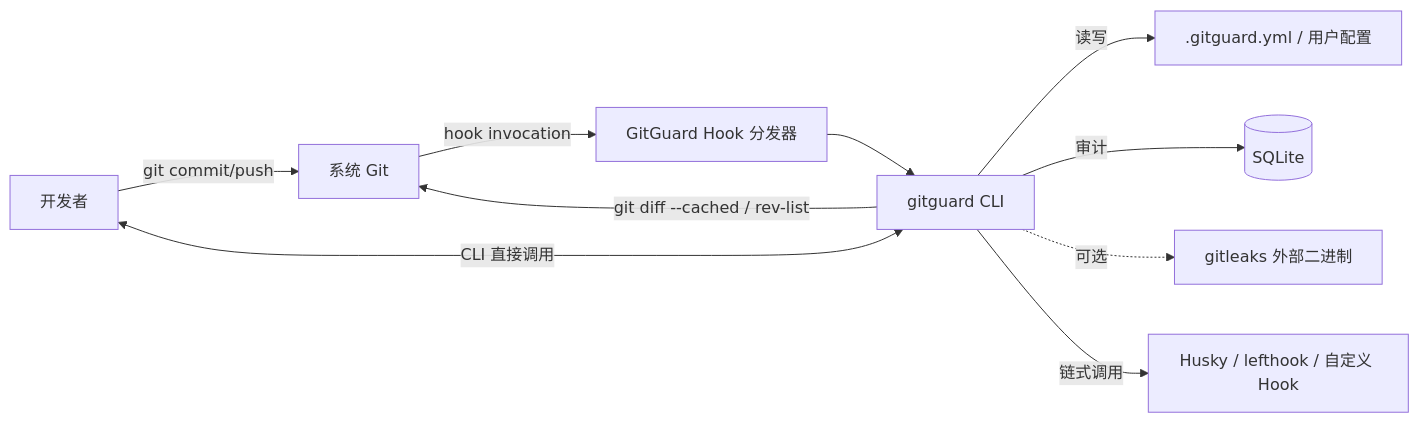
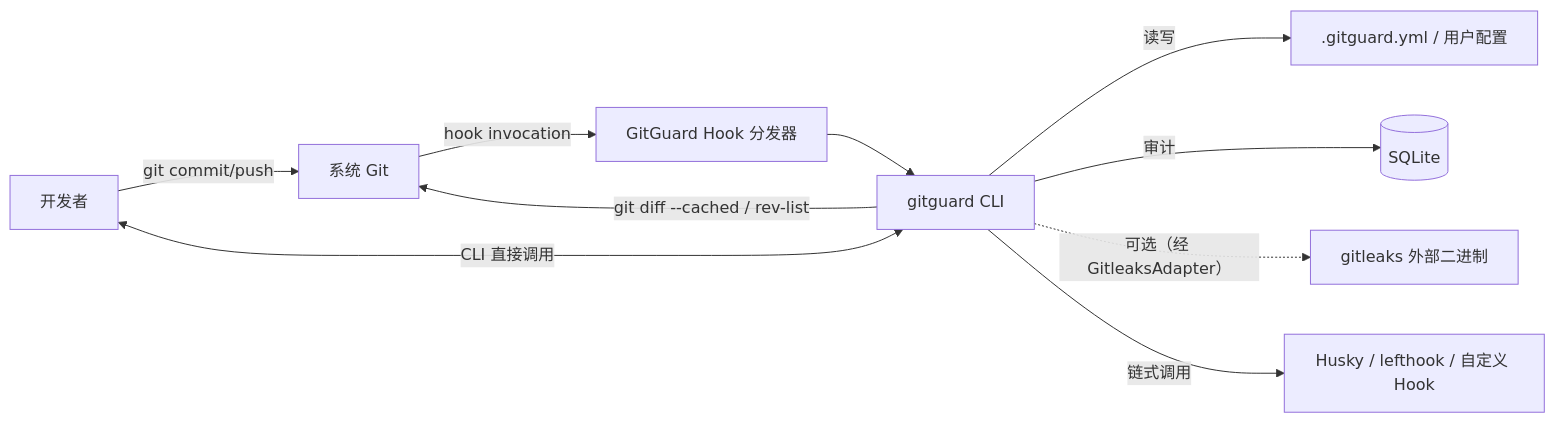
Before and after one commit to Camefor/GitGuard: the first of 6 diagrams in docs/03-系统架构设计(SAD).md, drawn with Mermaid. The commit also changed other lines of this file and 35 other files, not shown here.

Commit message:
feat(detection): 接入 GitleaksAdapter 与跨引擎去重 (GGD-0035)

````diff
--- a/docs/03-系统架构设计(SAD).md
+++ b/docs/03-系统架构设计(SAD).md
@@ -64,12 +64,12 @@
 ```mermaid
 flowchart LR
     Dev[开发者] -->|git commit/push| Git[系统 Git]
     Git -->|hook invocation| Dispatcher[GitGuard Hook 分发器]
     Dispatcher --> CLI[gitguard CLI]
     CLI -->|git diff --cached / rev-list| Git
     CLI -->|读写| Config[.gitguard.yml / 用户配置]
     CLI -->|审计| DB[(SQLite)]
-    CLI -. 可选 .-> Gitleaks[gitleaks 外部二进制]
+    CLI -. 可选（经 GitleaksAdapter） .-> Gitleaks[gitleaks 外部二进制]
     CLI -->|链式调用| Legacy[Husky / lefthook / 自定义 Hook]
     Dev <-->|CLI 直接调用| CLI
 ```
````
